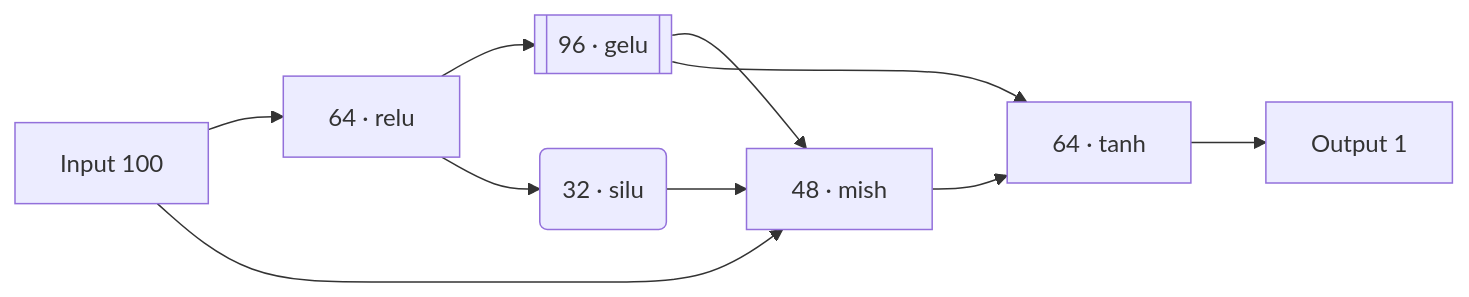
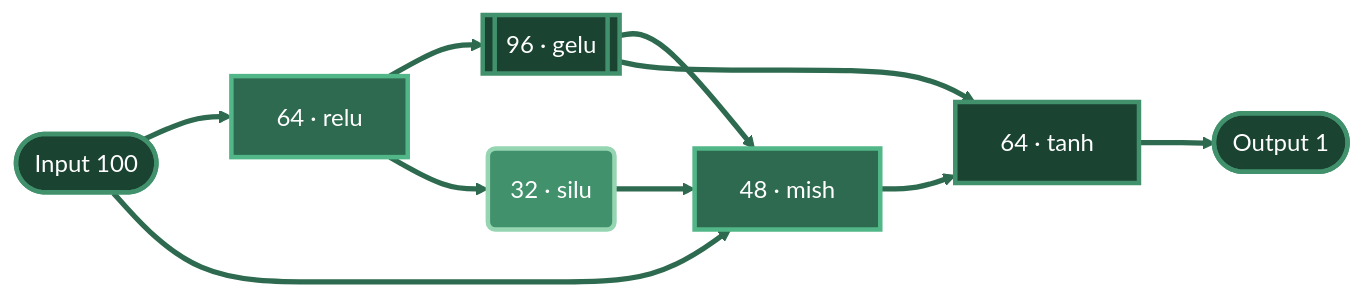
Before and after one commit to maulberto3/gras: the second of 3 diagrams in README.md, drawn with Mermaid. The commit also changed other lines of this file and 2 other files, not shown here.

````diff
--- a/README.md
+++ b/README.md
@@ -44,12 +49,25 @@
 ```mermaid
+%%{init: {'theme': 'base', 'themeVariables': {
+  'primaryColor': '#1a3a2a',
+  'primaryTextColor': '#fff',
+  'lineColor': '#2d6a4f',
+  'primaryBorderColor': '#40916c'
+}}}%%
 graph LR
-    I[Input 100] --> H1
-    H1[64 · relu] --> H2[[96 · gelu]]
-    H1 --> H3(32 · silu)
-    I --> H4[48 · mish]
-    H2 --> H4
-    H3 --> H4
-    H2 --> H5[64 · tanh]
-    H4 --> H5
-    H5 --> O[Output 1]
+    I([Input 100]) ==> H1[64 · relu]
+    H1 ==> H2[[96 · gelu]]
+    H1 ==> H3(32 · silu)
+    I ==> H4[48 · mish]
+    H2 ==> H4
+    H3 ==> H4
+    H2 ==> H5[64 · tanh]
+    H4 ==> H5
+    H5 ==> O([Output 1])
+    style I fill:#1b4332,stroke:#40916c,stroke-width:3px,color:#fff
+    style H1 fill:#2d6a4f,stroke:#52b788,stroke-width:3px,color:#fff
+    style H2 fill:#1b4332,stroke:#40916c,stroke-width:3px,color:#fff
+    style H3 fill:#40916c,stroke:#95d5b2,stroke-width:3px,color:#fff
+    style H4 fill:#2d6a4f,stroke:#52b788,stroke-width:3px,color:#fff
+    style H5 fill:#1b4332,stroke:#40916c,stroke-width:3px,color:#fff
+    style O fill:#1b4332,stroke:#40916c,stroke-width:3px,color:#fff
 ```
````
